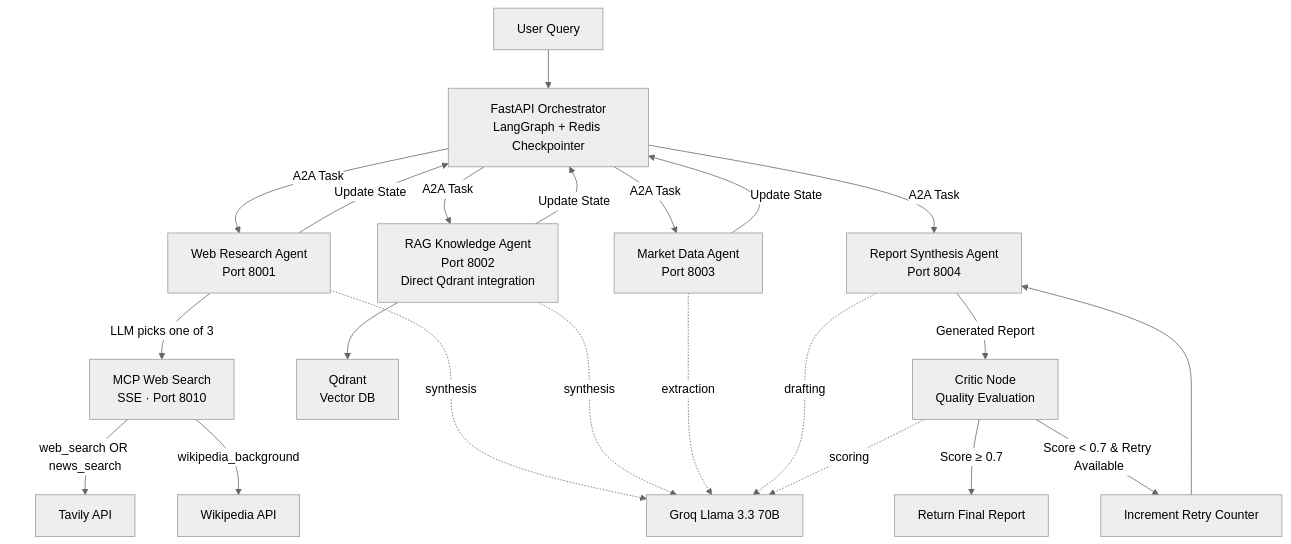
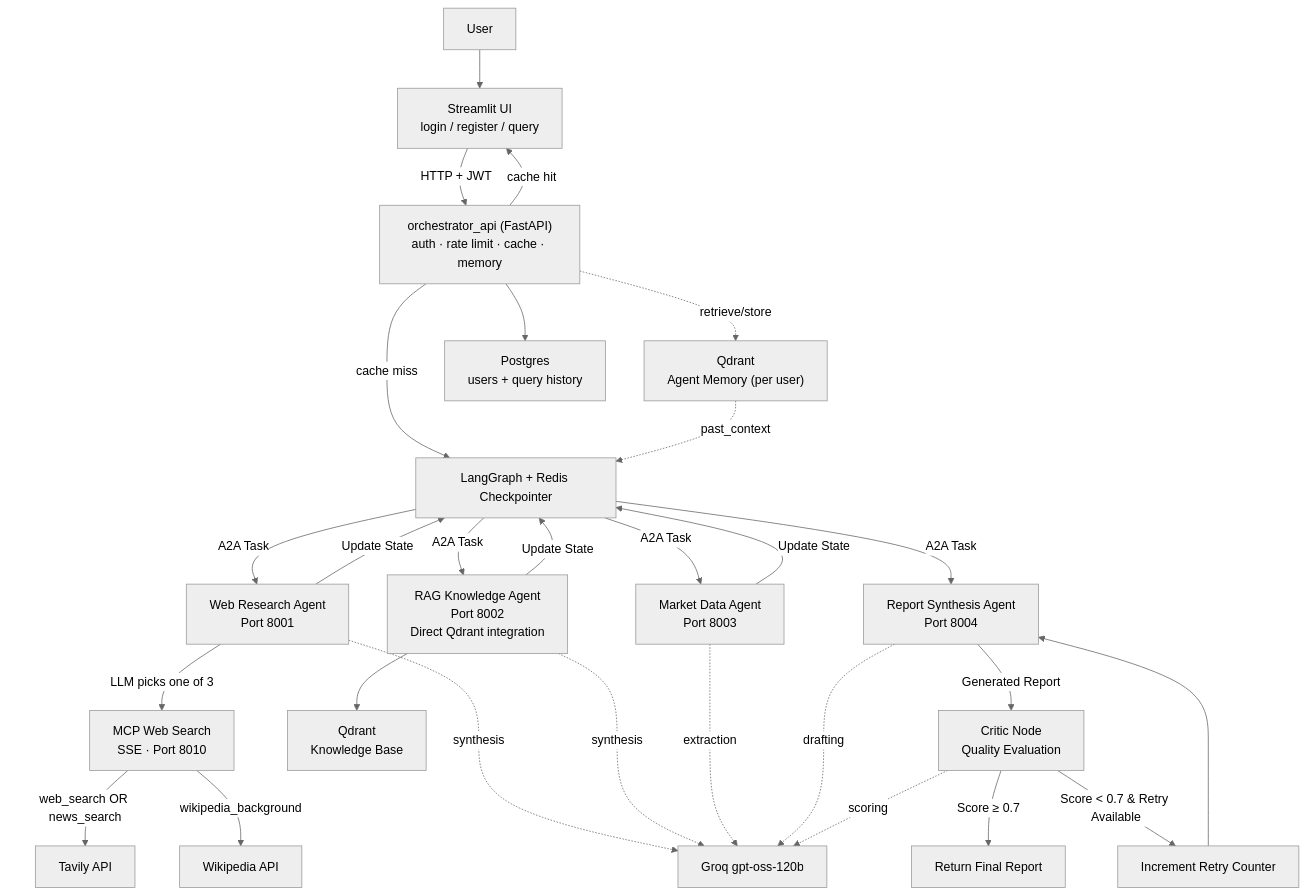
One commit to kowshikkkkkk/research-agent-orchestrator changed the first of 3 diagrams in README.md. Above: the diagram before and after it, drawn with Mermaid (neutral theme). The commit also changed other lines of this file and 37 other files, not shown here.

Commit message:
Parallelize research agents and update agent pipeline

````diff
--- a/README.md
+++ b/README.md
@@ -148,31 +192,39 @@
 ```mermaid
 flowchart TD
-    A["User Query"]
-    --> B["FastAPI Orchestrator<br/>LangGraph + Redis Checkpointer"]
+    U["User"] --> UI["Streamlit UI<br/>login / register / query"]
+    UI -->|"HTTP + JWT"| API["orchestrator_api (FastAPI)<br/>auth · rate limit · cache · memory"]
 
-    B -->|"A2A Task"| C["Web Research Agent<br/>Port 8001"]
+    API -->|"cache hit"| UI
+    API -->|"cache miss"| GRAPH["LangGraph + Redis Checkpointer"]
+
+    GRAPH -->|"A2A Task"| C["Web Research Agent<br/>Port 8001"]
     C -->|"LLM picks one of 3"| C1["MCP Web Search<br/>SSE · Port 8010"]
     C1 -->|"web_search OR news_search"| C2["Tavily API"]
     C1 -->|"wikipedia_background"| C3["Wikipedia API"]
-    C -->|"Update State"| B
+    C -->|"Update State"| GRAPH
 
-    B -->|"A2A Task"| D["RAG Knowledge Agent<br/>Port 8002<br/>Direct Qdrant integration"]
-    D --> D1["Qdrant<br/>Vector DB"]
-    D -->|"Update State"| B
+    GRAPH -->|"A2A Task"| D["RAG Knowledge Agent<br/>Port 8002<br/>Direct Qdrant integration"]
+    D --> D1["Qdrant<br/>Knowledge Base"]
+    D -->|"Update State"| GRAPH
 
-    B -->|"A2A Task"| E["Market Data Agent<br/>Port 8003"]
-    E -->|"Update State"| B
+    GRAPH -->|"A2A Task"| E["Market Data Agent<br/>Port 8003"]
+    E -->|"Update State"| GRAPH
 
-    C -.->|"synthesis"| L["Groq Llama 3.3 70B"]
+    C -.->|"synthesis"| L["Groq gpt-oss-120b"]
     D -.->|"synthesis"| L
     E -.->|"extraction"| L
 
-    B -->|"A2A Task"| F["Report Synthesis Agent<br/>Port 8004"]
+    API -.->|"retrieve/store"| M["Qdrant<br/>Agent Memory (per user)"]
+    M -.->|"past_context"| GRAPH
+
+    GRAPH -->|"A2A Task"| F["Report Synthesis Agent<br/>Port 8004"]
     F -.->|"drafting"| L
     F -->|"Generated Report"| G["Critic Node<br/>Quality Evaluation"]
     G -.->|"scoring"| L
 
     G -->|"Score ≥ 0.7"| H["Return Final Report"]
     G -->|"Score < 0.7 & Retry Available"| I["Increment Retry Counter"]
     I --> F
+
+    API --> PG["Postgres<br/>users + query history"]
 ```
````
